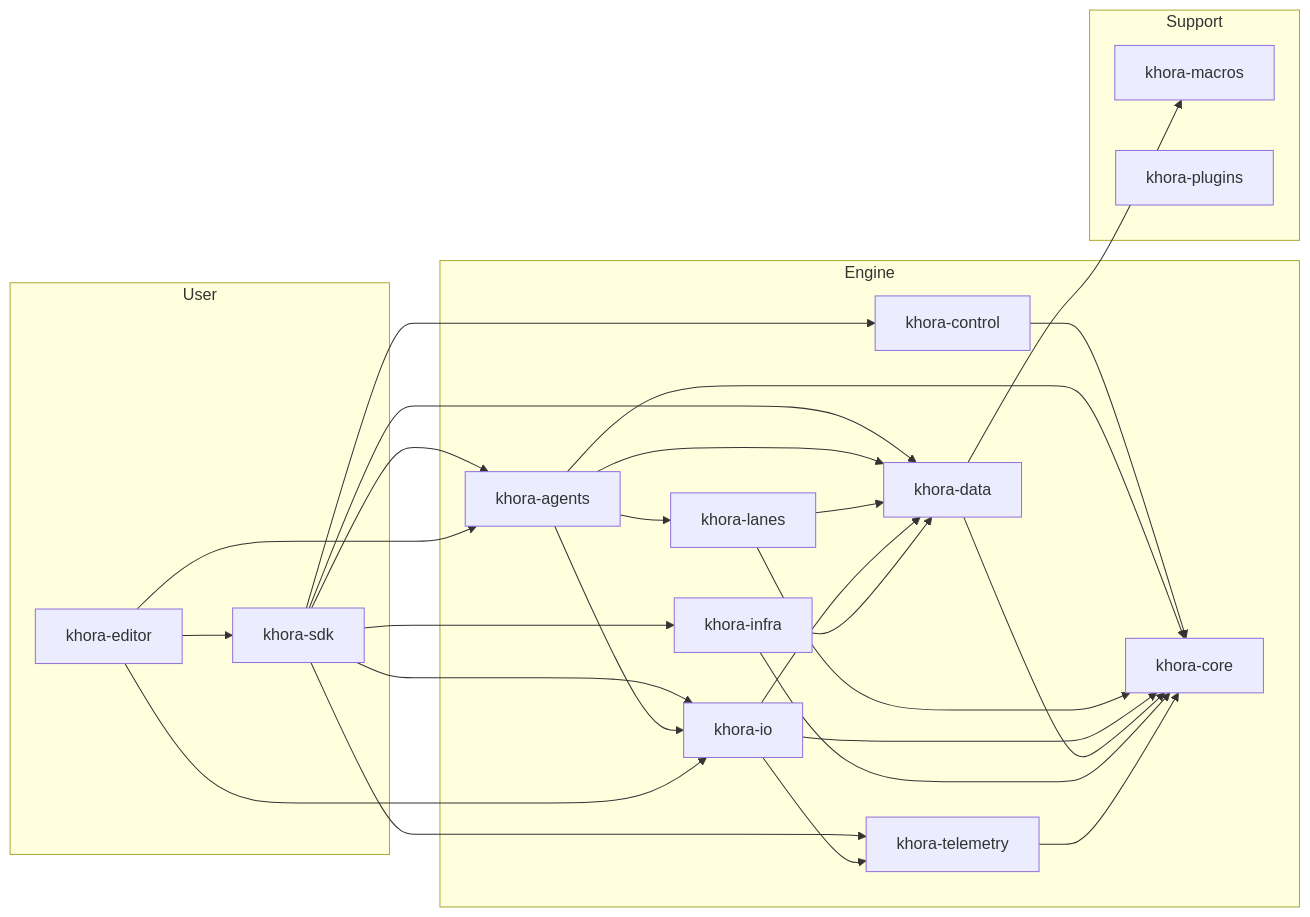
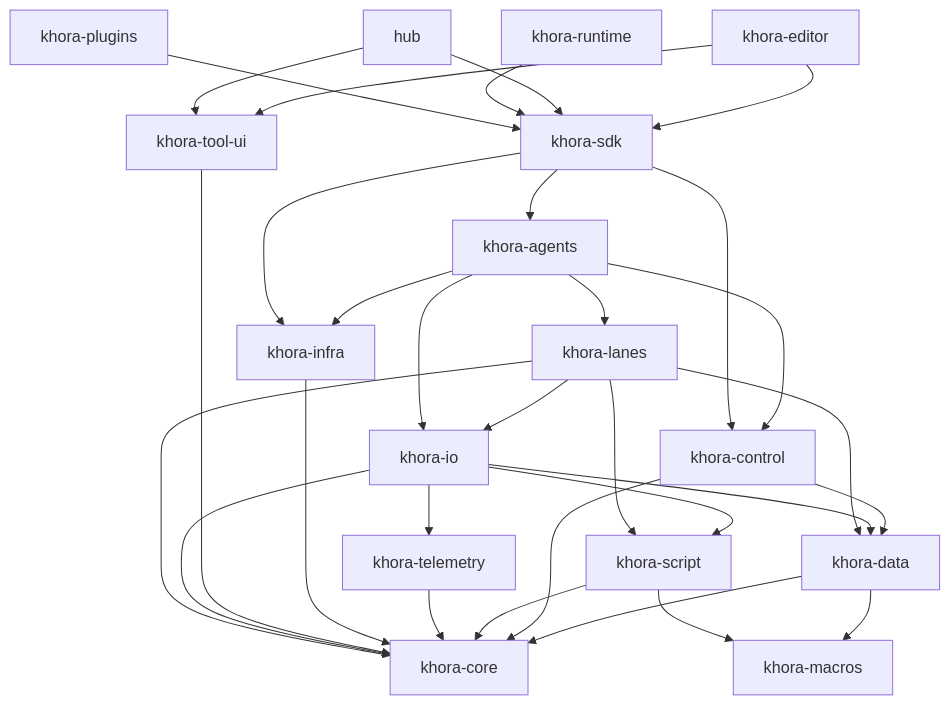
One commit to eraflo/KhoraEngine changed the diagram in docs/src/reference/crates.md. Above: the diagram before and after it, drawn with Mermaid. The commit also changed other lines of this file and 60 other files, not shown here.

````diff
--- a/docs/src/reference/crates.md
+++ b/docs/src/reference/crates.md
@@ -48,45 +56,50 @@
 ```mermaid
-graph LR
-    subgraph User
-        SDK[khora-sdk]
-        ED[khora-editor]
-    end
-    subgraph Engine
-        CTRL[khora-control]
-        AGT[khora-agents]
-        LANE[khora-lanes]
-        IO[khora-io]
-        DATA[khora-data]
-        CORE[khora-core]
-        INFRA[khora-infra]
-        TELE[khora-telemetry]
-    end
-    subgraph Support
-        MACRO[khora-macros]
-        PLUG[khora-plugins]
-    end
-    SDK --> CTRL
-    SDK --> AGT
-    SDK --> IO
-    SDK --> INFRA
-    SDK --> TELE
-    SDK --> DATA
+graph TD
+    CORE[khora-core]
+    MACRO[khora-macros]
+    DATA[khora-data]
+    CTRL[khora-control]
+    SCRIPT[khora-script]
+    TELE[khora-telemetry]
+    INFRA[khora-infra]
+    TOOLUI[khora-tool-ui]
+    IO[khora-io]
+    LANE[khora-lanes]
+    AGT[khora-agents]
+    SDK[khora-sdk]
+    ED[khora-editor]
+    HUB[hub]
+    RT[khora-runtime]
+    PLUG[khora-plugins]
+
+    DATA --> CORE
+    DATA --> MACRO
     CTRL --> CORE
-    AGT --> CORE
-    AGT --> DATA
-    AGT --> LANE
-    AGT --> IO
+    CTRL --> DATA
+    SCRIPT --> CORE
+    SCRIPT --> MACRO
+    TELE --> CORE
+    INFRA --> CORE
+    TOOLUI --> CORE
+    IO --> CORE
+    IO --> DATA
+    IO --> SCRIPT
+    IO --> TELE
     LANE --> CORE
     LANE --> DATA
-    IO --> CORE
-    IO --> DATA
-    IO --> TELE
-    DATA --> CORE
-    DATA --> MACRO
-    INFRA --> CORE
-    INFRA --> DATA
-    TELE --> CORE
+    LANE --> IO
+    LANE --> SCRIPT
+    AGT --> LANE
+    AGT --> INFRA
+    AGT --> CTRL
+    AGT --> IO
+    SDK --> AGT
+    SDK --> CTRL
+    SDK --> INFRA
     ED --> SDK
-    ED --> AGT
-    ED --> IO
+    ED --> TOOLUI
+    HUB --> SDK
+    HUB --> TOOLUI
+    RT --> SDK
+    PLUG --> SDK
 ```
````
